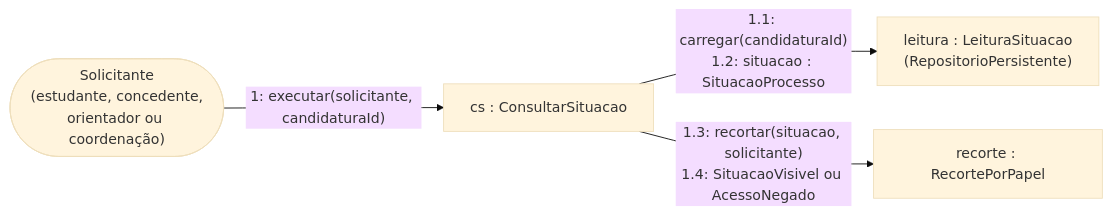
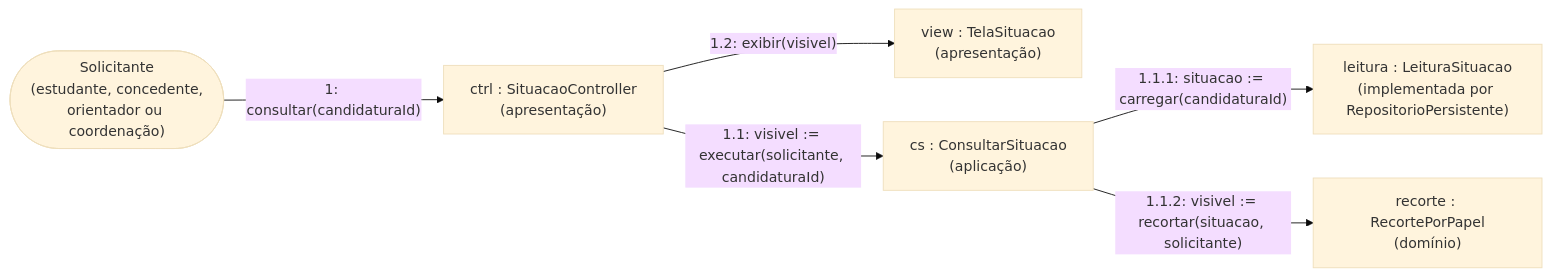
One commit to sofiawl/SoftwareDesign changed the diagram in docs/diagramas/comunicacao.md. Above: the diagram before and after it, drawn with Mermaid (base theme). The commit also changed other lines of this file and 1 other file, not shown here.

Commit message:
docs(uml): diagrama de comunicação com título, Controller e View
- SituacaoController e TelaSituacao na consulta de situação
- retornos na própria mensagem e numeração aninhada
- camada de cada objeto indicada

````diff
--- a/docs/diagramas/comunicacao.md
+++ b/docs/diagramas/comunicacao.md
@@ -3,11 +5,15 @@
 ```mermaid
 flowchart LR
     Ator(["Solicitante<br/>(estudante, concedente,<br/>orientador ou coordenação)"])
-    UC["cs : ConsultarSituacao"]
-    Leit["leitura : LeituraSituacao<br/>(RepositorioPersistente)"]
-    Rec["recorte : RecortePorPapel"]
- 
-    Ator -- "1: executar(solicitante, candidaturaId)" --> UC
-    UC -- "1.1: carregar(candidaturaId)<br/>1.2: situacao : SituacaoProcesso" --> Leit
-    UC -- "1.3: recortar(situacao, solicitante)<br/>1.4: SituacaoVisivel ou AcessoNegado" --> Rec
+    Ctrl["ctrl : SituacaoController<br/>(apresentação)"]
+    View["view : TelaSituacao<br/>(apresentação)"]
+    UC["cs : ConsultarSituacao<br/>(aplicação)"]
+    Leit["leitura : LeituraSituacao<br/>(implementada por RepositorioPersistente)"]
+    Rec["recorte : RecortePorPapel<br/>(domínio)"]
+
+    Ator -- "1: consultar(candidaturaId)" --> Ctrl
+    Ctrl -- "1.1: visivel := executar(solicitante, candidaturaId)" --> UC
+    UC -- "1.1.1: situacao := carregar(candidaturaId)" --> Leit
+    UC -- "1.1.2: visivel := recortar(situacao, solicitante)" --> Rec
+    Ctrl -- "1.2: exibir(visivel)" --> View
 ```
````
